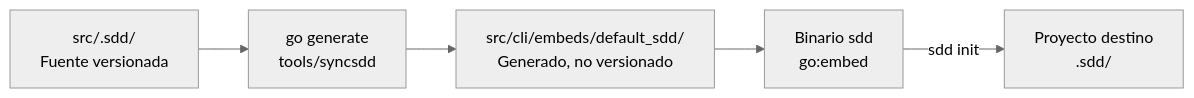
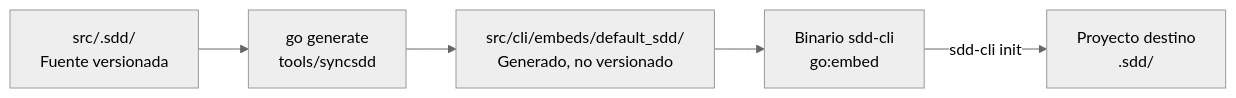
The second of 15 diagrams in docs/9-guia-tecnica-cli.md (matiasezequieldimuro/ssd-workflow), drawn with Mermaid (neutral theme) before and after one commit. The commit also changed other lines of this file, not shown here.

````diff
--- a/docs/9-guia-tecnica-cli.md
+++ b/docs/9-guia-tecnica-cli.md
@@ -353,11 +353,11 @@
 ```mermaid
 flowchart LR
     Contract["src/.sdd/<br/>Fuente versionada"]
     Generate["go generate<br/>tools/syncsdd"]
     Generated["src/cli/embeds/default_sdd/<br/>Generado, no versionado"]
-    Binary["Binario sdd<br/>go:embed"]
+    Binary["Binario sdd-cli<br/>go:embed"]
     Project["Proyecto destino<br/>.sdd/"]
 
     Contract --> Generate --> Generated --> Binary
-    Binary -->|"sdd init"| Project
+    Binary -->|"sdd-cli init"| Project
 ```
````
